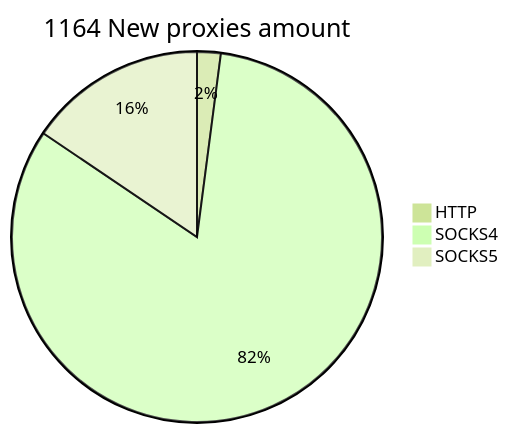
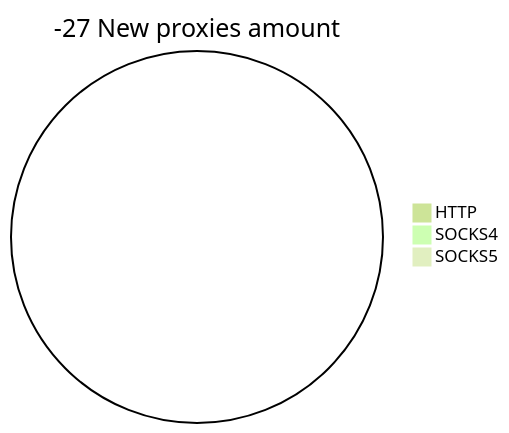
The second of 2 diagrams in README.md (cutipu/proxylist), drawn with Mermaid (forest theme) before and after one commit. The commit also changed other lines of this file, not shown here.

````diff
--- a/README.md
+++ b/README.md
@@ -10,6 +10,6 @@
 ```mermaid
-pie title 1164 New proxies amount
-    "HTTP" : 24
-    "SOCKS4" : 959
-    "SOCKS5" : 181
+pie title -27 New proxies amount
+    "HTTP" : 0
+    "SOCKS4" : 0
+    "SOCKS5" : 0
 ```
````
